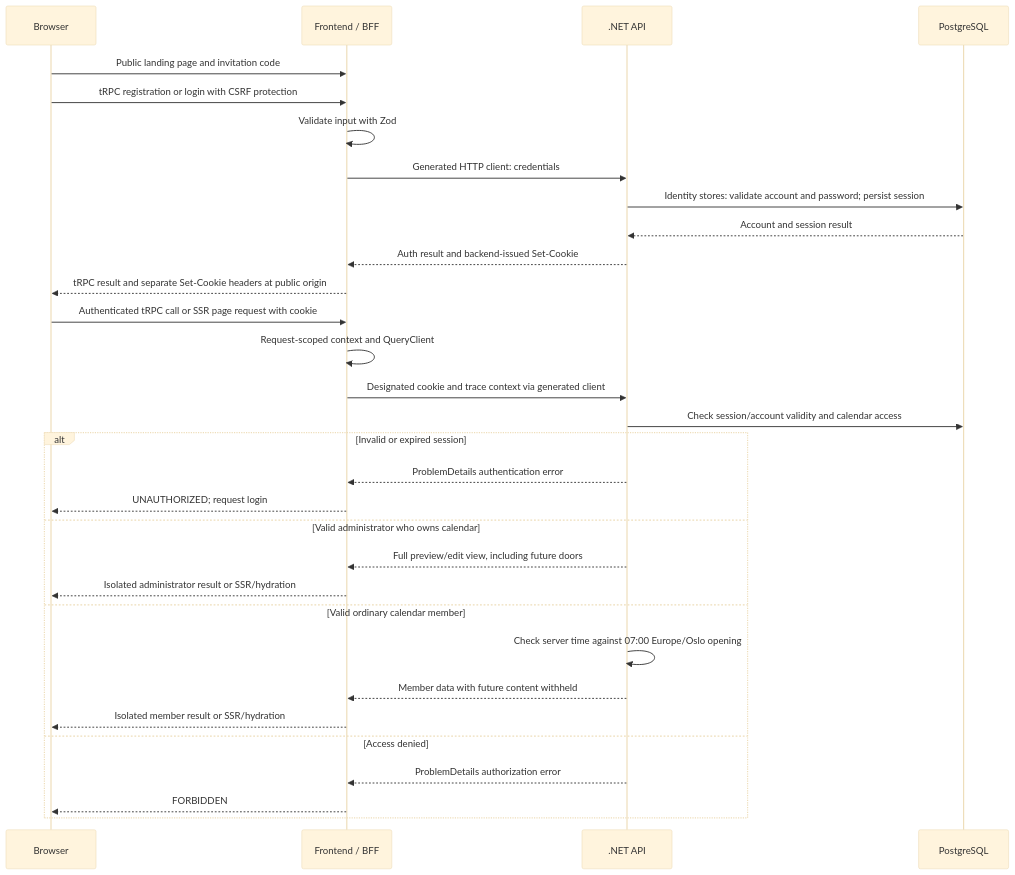
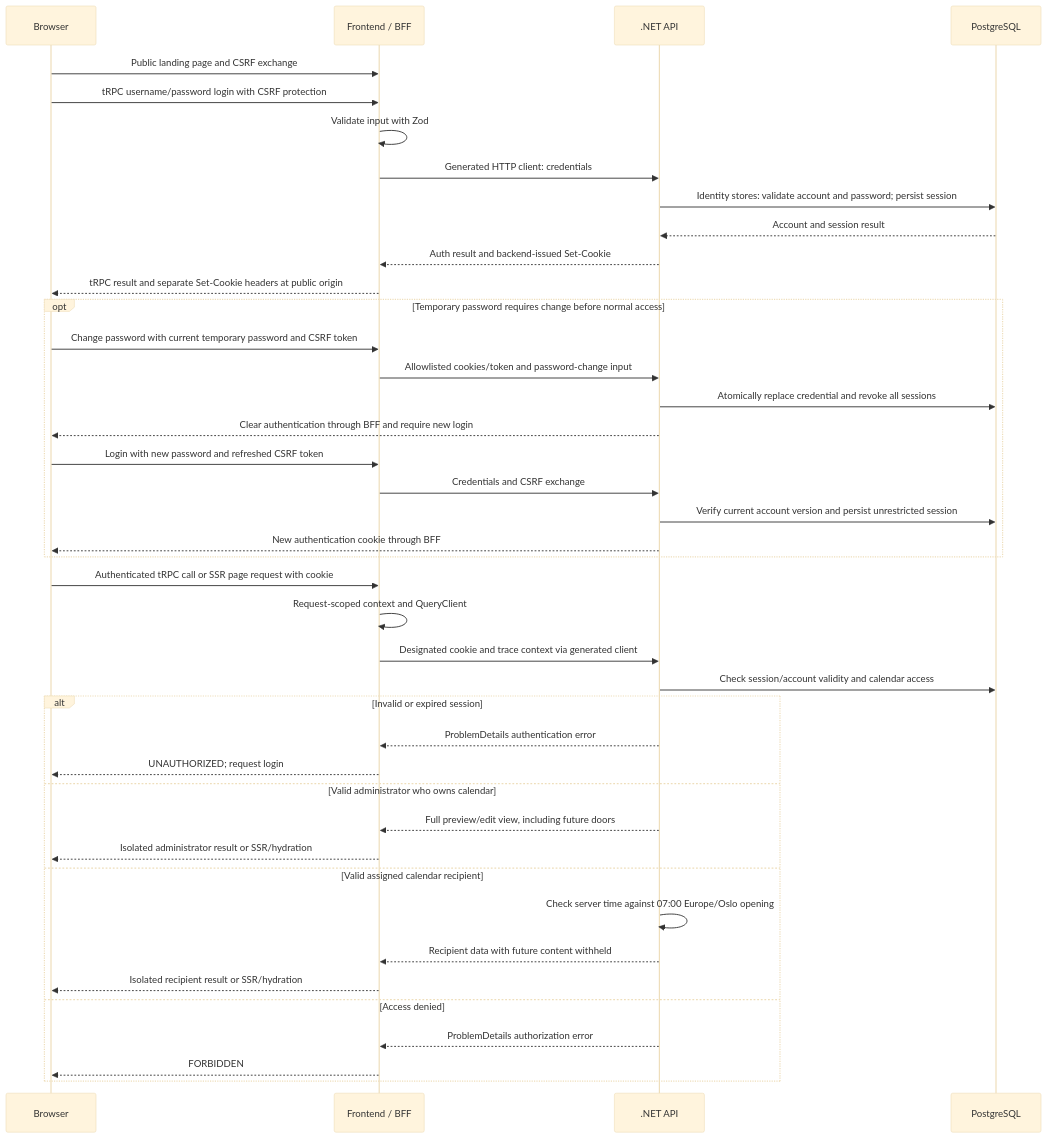
Before and after one commit to Pipehill/advent-calendar: the third of 4 diagrams in docs/architecture.md, drawn with Mermaid (base theme). The commit also changed other lines of this file and 9 other files, not shown here.

````diff
--- a/docs/architecture.md
+++ b/docs/architecture.md
@@ -325,33 +368,43 @@
 ```mermaid
 sequenceDiagram
     participant Browser
     participant BFF as Frontend / BFF
     participant API as .NET API
     participant DB as PostgreSQL
-    Browser->>BFF: Public landing page and invitation code
-    Browser->>BFF: tRPC registration or login with CSRF protection
+    Browser->>BFF: Public landing page and CSRF exchange
+    Browser->>BFF: tRPC username/password login with CSRF protection
     BFF->>BFF: Validate input with Zod
     BFF->>API: Generated HTTP client: credentials
     API->>DB: Identity stores: validate account and password#59; persist session
     DB-->>API: Account and session result
     API-->>BFF: Auth result and backend-issued Set-Cookie
     BFF-->>Browser: tRPC result and separate Set-Cookie headers at public origin
+    opt Temporary password requires change before normal access
+        Browser->>BFF: Change password with current temporary password and CSRF token
+        BFF->>API: Allowlisted cookies/token and password-change input
+        API->>DB: Atomically replace credential and revoke all sessions
+        API-->>Browser: Clear authentication through BFF and require new login
+        Browser->>BFF: Login with new password and refreshed CSRF token
+        BFF->>API: Credentials and CSRF exchange
+        API->>DB: Verify current account version and persist unrestricted session
+        API-->>Browser: New authentication cookie through BFF
+    end
     Browser->>BFF: Authenticated tRPC call or SSR page request with cookie
     BFF->>BFF: Request-scoped context and QueryClient
     BFF->>API: Designated cookie and trace context via generated client
     API->>DB: Check session/account validity and calendar access
     alt Invalid or expired session
         API-->>BFF: ProblemDetails authentication error
         BFF-->>Browser: UNAUTHORIZED#59; request login
     else Valid administrator who owns calendar
         API-->>BFF: Full preview/edit view, including future doors
         BFF-->>Browser: Isolated administrator result or SSR/hydration
-    else Valid ordinary calendar member
+    else Valid assigned calendar recipient
         API->>API: Check server time against 07:00 Europe/Oslo opening
-        API-->>BFF: Member data with future content withheld
-        BFF-->>Browser: Isolated member result or SSR/hydration
+        API-->>BFF: Recipient data with future content withheld
+        BFF-->>Browser: Isolated recipient result or SSR/hydration
     else Access denied
         API-->>BFF: ProblemDetails authorization error
         BFF-->>Browser: FORBIDDEN
     end
 ```
````
